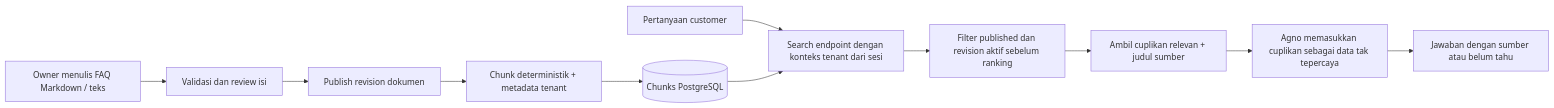
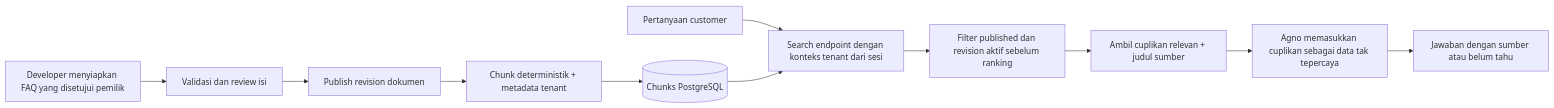
One commit to wisnufadhillah/Restaurant-Mulit-Tenant changed the seventh of 9 diagrams in PRD — Restaurant Assistant MVP.md. Above: the diagram before and after it, drawn with Mermaid. The commit also changed other lines of this file and 42 other files, not shown here.

````diff
--- a/PRD — Restaurant Assistant MVP.md
+++ b/PRD — Restaurant Assistant MVP.md
@@ -595,13 +529,13 @@
 ```mermaid
 flowchart LR
-    O[Owner menulis FAQ Markdown / teks] --> V[Validasi dan review isi]
+    O[Developer menyiapkan FAQ yang disetujui pemilik] --> V[Validasi dan review isi]
     V --> P[Publish revision dokumen]
     P --> C[Chunk deterministik + metadata tenant]
     C --> K[(Chunks PostgreSQL)]
     Q[Pertanyaan customer] --> S[Search endpoint dengan konteks tenant dari sesi]
     K --> S
     S --> F[Filter published dan revision aktif sebelum ranking]
     F --> R[Ambil cuplikan relevan + judul sumber]
     R --> A[Agno memasukkan cuplikan sebagai data tak tepercaya]
     A --> J[Jawaban dengan sumber atau belum tahu]
 ```
````
